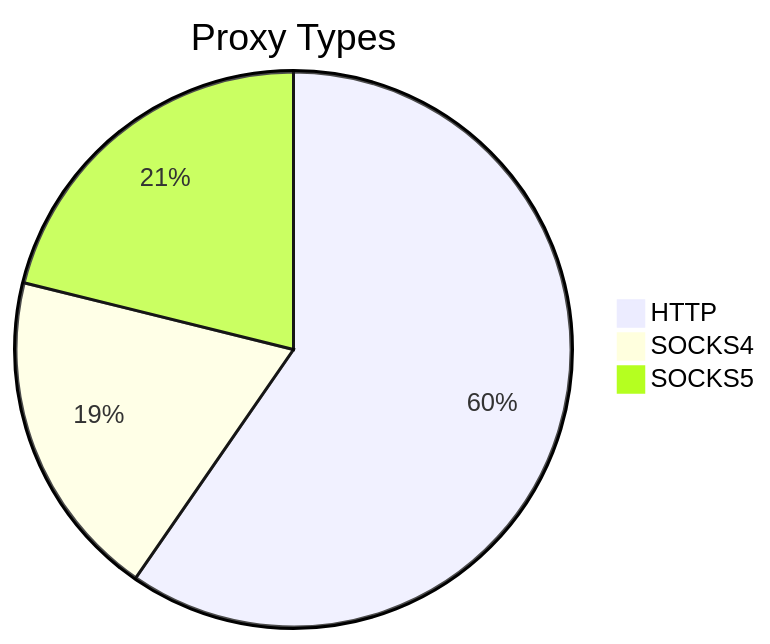
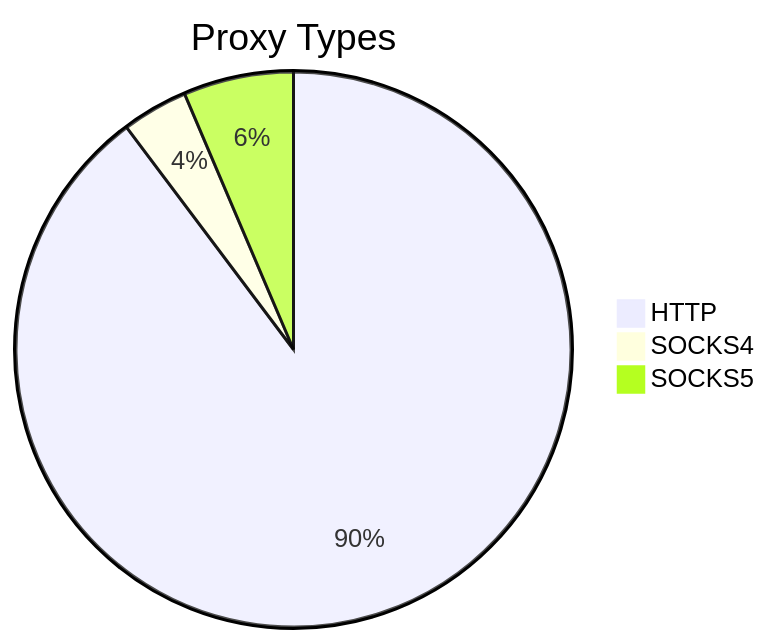
The first of 2 diagrams in README.md (stormsia/proxy-list), drawn with Mermaid before and after one commit. The commit also changed other lines of this file, not shown here.

````diff
--- a/README.md
+++ b/README.md
@@ -21,6 +21,6 @@
 ```mermaid
 pie title Proxy Types
-    "HTTP" : 189
-    "SOCKS4" : 61
-    "SOCKS5" : 67
+    "HTTP" : 140
+    "SOCKS4" : 6
+    "SOCKS5" : 10
 ```
````
